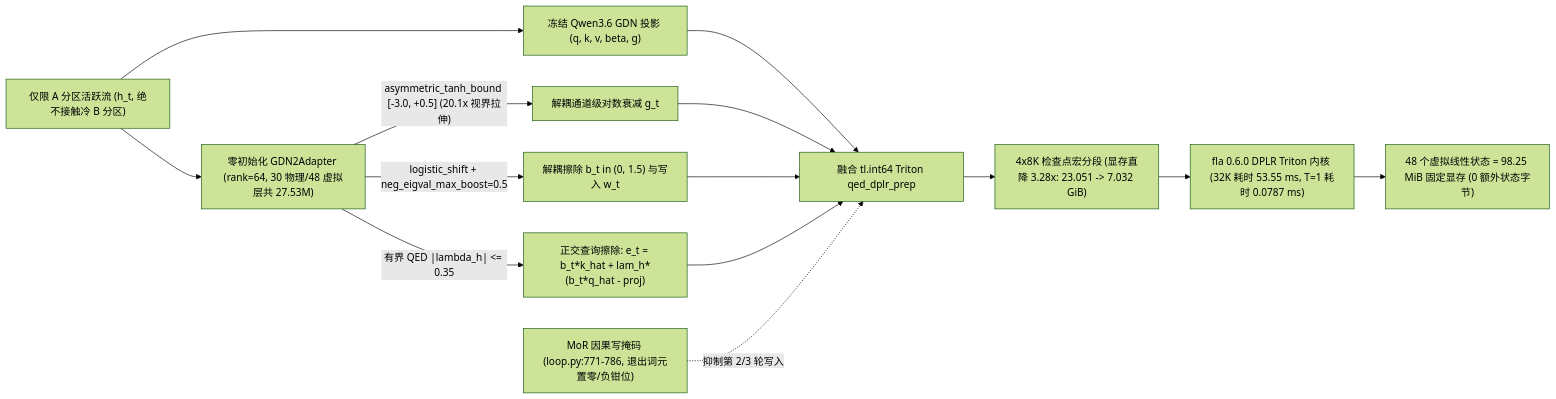
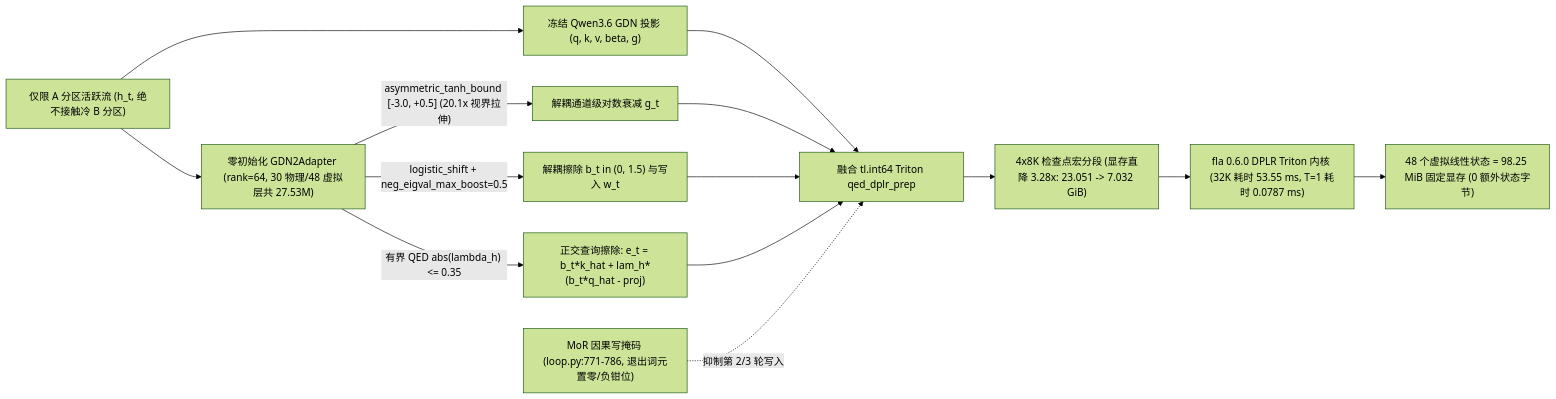
One commit to BaiTian6641/Qwen3.6-35B-A3B-Loop60 changed the second of 7 diagrams in docs/ARCHITECTURE_NEXTGEN_LOOP64_LSANL_ZH.md. Above: the diagram before and after it, drawn with Mermaid (forest theme). The commit also changed other lines of this file and 2 other files, not shown here.

Commit message:
fix(docs): align ESM 144 MiB accounting, anchor_layers, AlphaEdit P0 ridge, and Mermaid/naming polish

````diff
--- a/docs/ARCHITECTURE_NEXTGEN_LOOP64_LSANL_ZH.md
+++ b/docs/ARCHITECTURE_NEXTGEN_LOOP64_LSANL_ZH.md
@@ -70,16 +70,16 @@
 ```mermaid
 flowchart LR
     PA["仅限 A 分区活跃流 (h_t, 绝不接触冷 B 分区)"] --> BASE["冻结 Qwen3.6 GDN 投影 (q, k, v, beta, g)"]
     PA --> ADP["零初始化 GDN2Adapter (rank=64, 30 物理/48 虚拟层共 27.53M)"]
     ADP -- "asymmetric_tanh_bound [-3.0, +0.5] (20.1x 视界拉伸)" --> DEC["解耦通道级对数衰减 g_t"]
     ADP -- "logistic_shift + neg_eigval_max_boost=0.5" --> ERW["解耦擦除 b_t in (0, 1.5) 与写入 w_t"]
-    ADP -- "有界 QED |lambda_h| <= 0.35" --> QED["正交查询擦除: e_t = b_t*k_hat + lam_h*(b_t*q_hat - proj)"]
+    ADP -- "有界 QED abs(lambda_h) <= 0.35" --> QED["正交查询擦除: e_t = b_t*k_hat + lam_h*(b_t*q_hat - proj)"]
     BASE --> PREP["融合 tl.int64 Triton qed_dplr_prep"]
     DEC --> PREP
     ERW --> PREP
     QED --> PREP
     MOR["MoR 因果写掩码 (loop.py:771-786, 退出词元置零/负钳位)"] -. "抑制第 2/3 轮写入" .-> PREP
     PREP --> SEG["4x8K 检查点宏分段 (显存直降 3.28x: 23.051 -> 7.032 GiB)"]
     SEG --> FLA["fla 0.6.0 DPLR Triton 内核 (32K 耗时 53.55 ms, T=1 耗时 0.0787 ms)"]
     FLA --> ST["48 个虚拟线性状态 = 98.25 MiB 固定显存 (0 额外状态字节)"]
 ```
````
